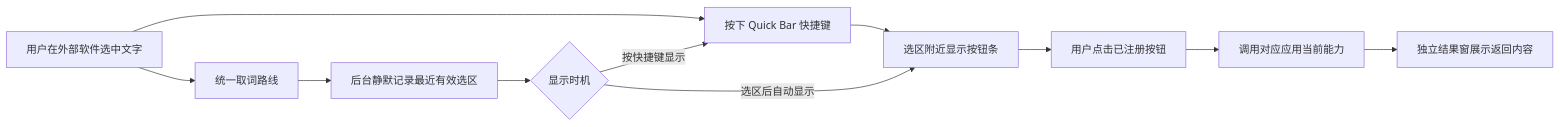
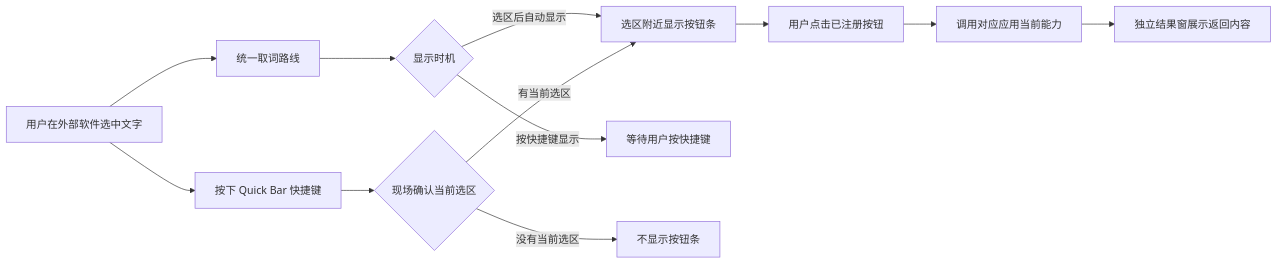
The first of 2 diagrams in apps/quick-bar/README.md (noelle-silva/fast-window), drawn with Mermaid before and after one commit. The commit also changed other lines of this file and 8 other files, not shown here.

````diff
--- a/apps/quick-bar/README.md
+++ b/apps/quick-bar/README.md
@@ -26,13 +26,14 @@
 ```mermaid
 flowchart LR
   A[用户在外部软件选中文字] --> B[按下 Quick Bar 快捷键]
   A --> C[统一取词路线]
-  C --> D[后台静默记录最近有效选区]
-  D --> E{显示时机}
-  E -->|按快捷键显示| B
-  E -->|选区后自动显示| F[选区附近显示按钮条]
-  B --> F
-  F --> G[用户点击已注册按钮]
-  G --> H[调用对应应用当前能力]
+  C --> D{显示时机}
+  D -->|选区后自动显示| F[选区附近显示按钮条]
+  D -->|按快捷键显示| E[等待用户按快捷键]
+  B --> G{现场确认当前选区}
+  G -->|有当前选区| F
+  G -->|没有当前选区| J[不显示按钮条]
+  F --> K[用户点击已注册按钮]
+  K --> H[调用对应应用当前能力]
   H --> I[独立结果窗展示返回内容]
 ```
````
